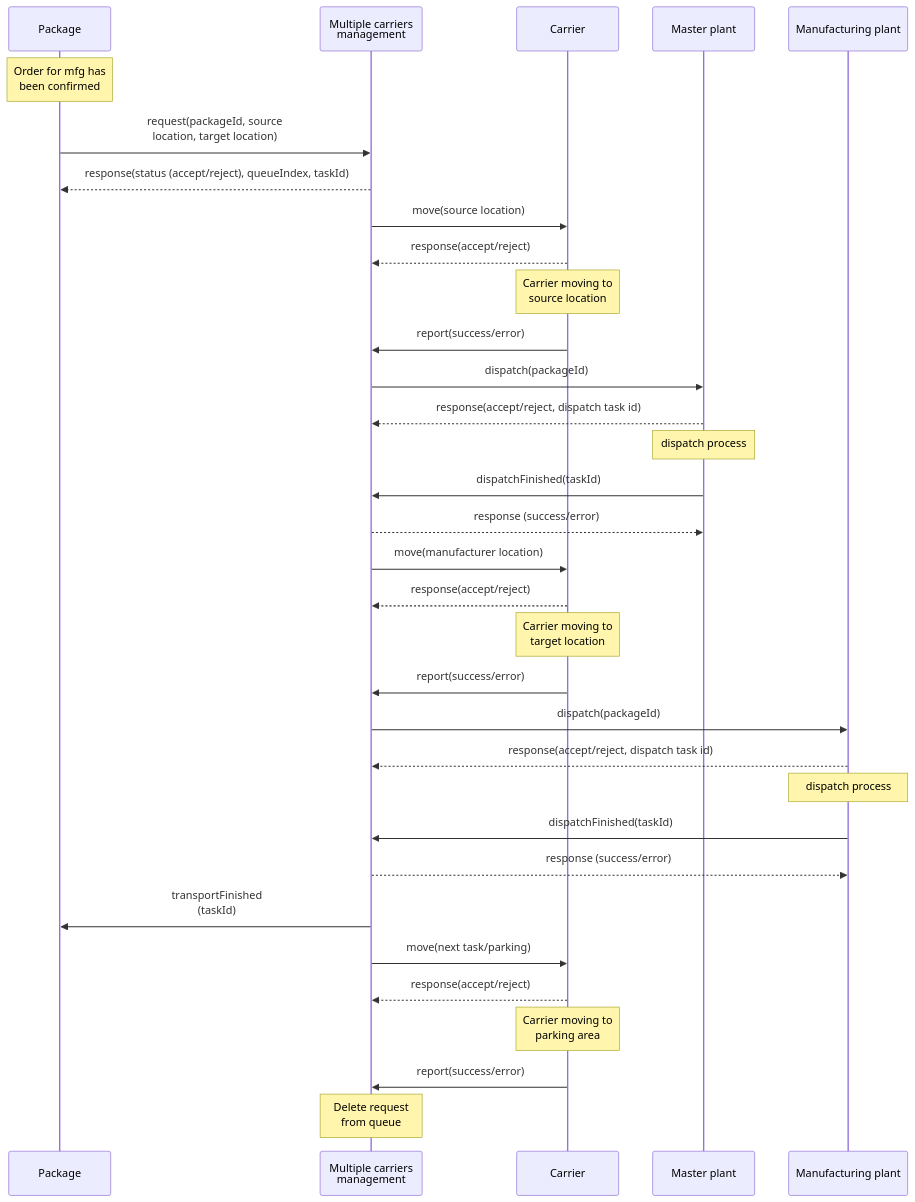
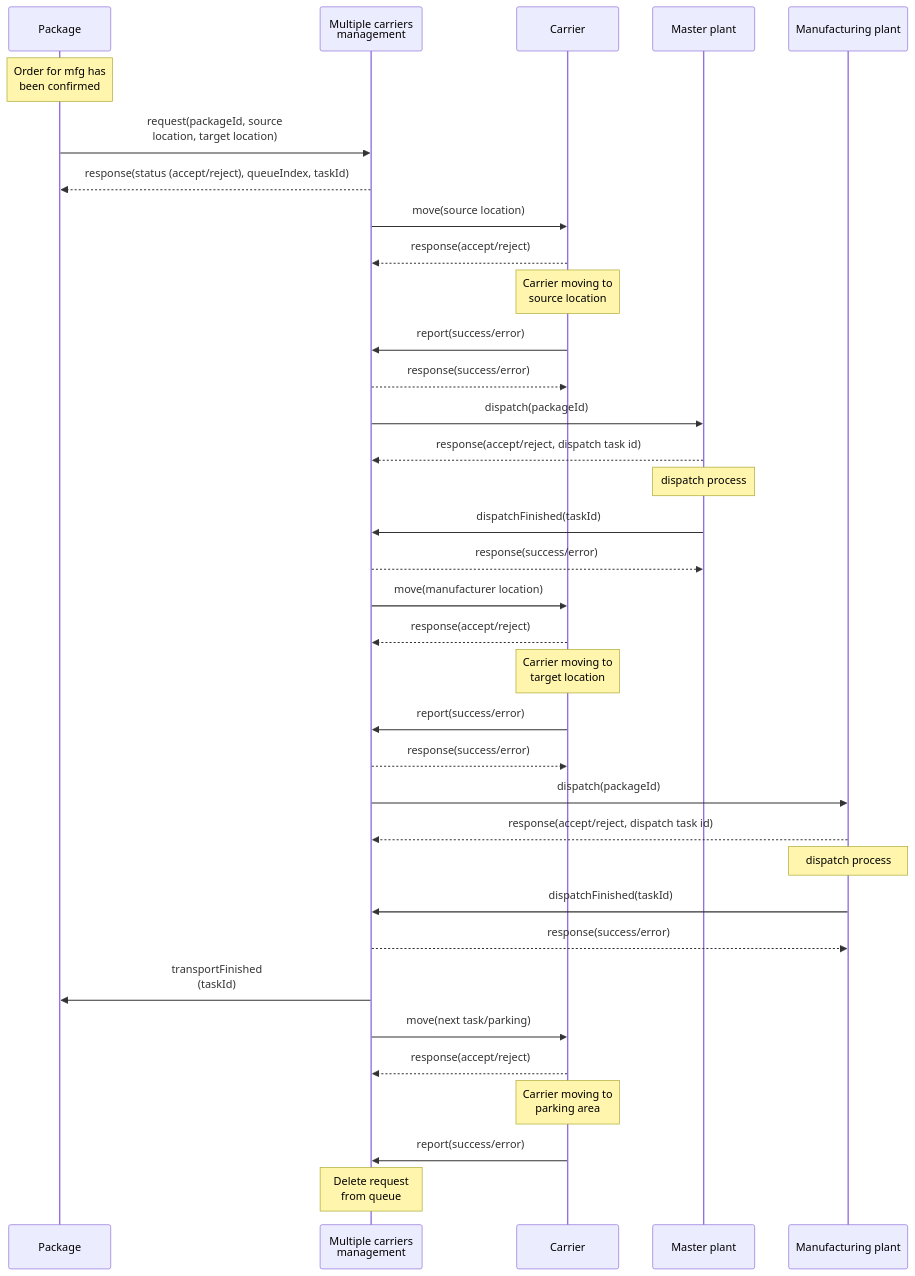
One commit to fsprojekti/shr-mfg-platform changed the second of 2 diagrams in README.md. Above: the diagram before and after it, drawn with Mermaid.

````diff
--- a/README.md
+++ b/README.md
@@ -58,41 +58,43 @@
 ```mermaid
 
 sequenceDiagram
 participant P as Package
 Note over P: Order for mfg has<br> been confirmed
 participant MC as Multiple carriers <br>management
 participant C as Carrier
 participant M as Master plant 
 participant MFG as Manufacturing plant 
 
 P->>MC: request(packageId, source <br>location, target location)
 MC-->>P: response(status (accept/reject), queueIndex, taskId)
 MC->>C: move(source location)
 C-->>MC: response(accept/reject)
 Note over C: Carrier moving to <br>source location
 C->>MC: report(success/error)
+MC-->>C: response(success/error)
 MC->>M: dispatch(packageId)
 M-->>MC: response(accept/reject, dispatch task id)
 Note over M: dispatch process
 M->>MC: dispatchFinished(taskId)
-MC-->>M: response (success/error)
+MC-->>M: response(success/error)
 
 MC->>C: move(manufacturer location)
 C-->>MC: response(accept/reject)
 Note over C: Carrier moving to <br>target location
 C->>MC: report(success/error)
+MC-->>C: response(success/error)
 MC->>MFG: dispatch(packageId)
 MFG-->>MC: response(accept/reject, dispatch task id)
 Note over MFG: dispatch process
 MFG->>MC: dispatchFinished(taskId)
-MC-->>MFG: response (success/error)
+MC-->>MFG: response(success/error)
 MC->>P: transportFinished <br>(taskId)
 
 MC->>C: move(next task/parking)
 C-->>MC: response(accept/reject)
 Note over C: Carrier moving to <br>parking area
 C->>MC: report(success/error)
 Note over MC: Delete request<br>from queue
 
 
 ```
````
